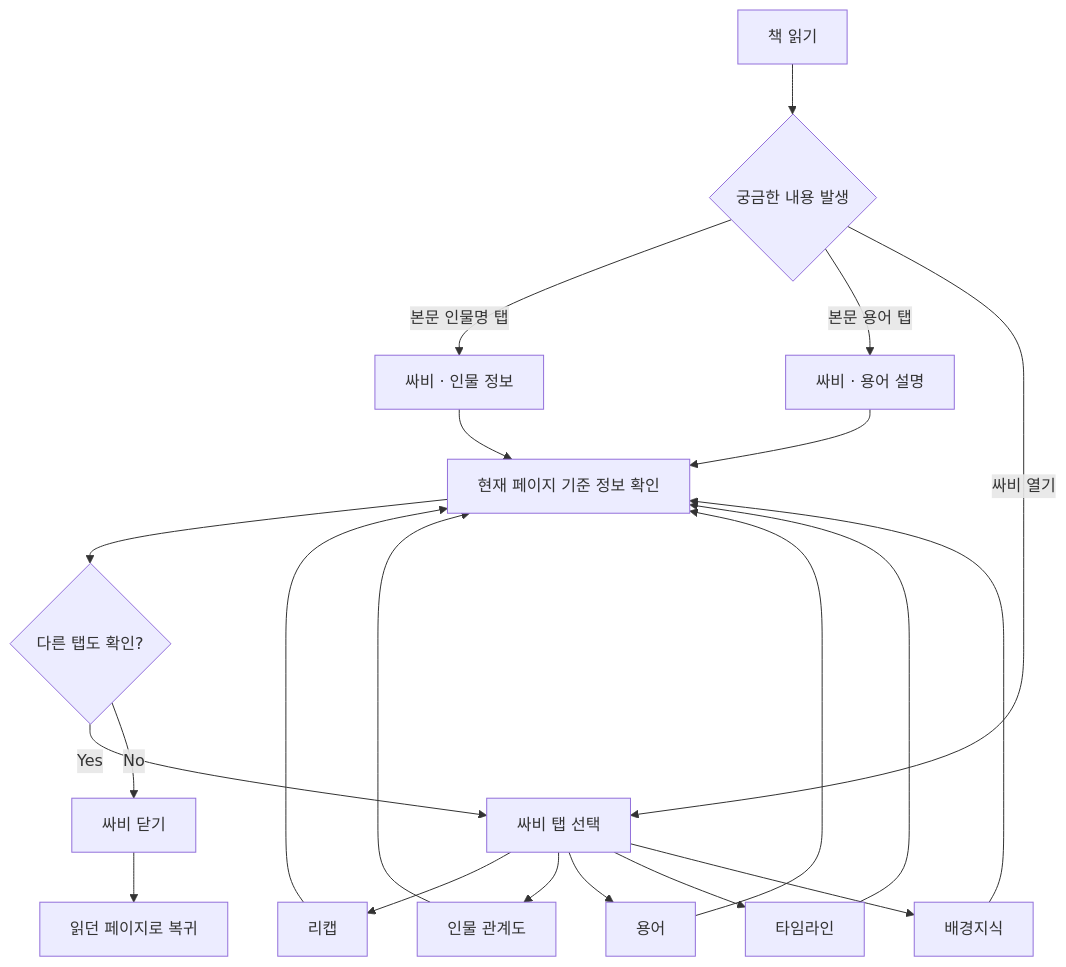
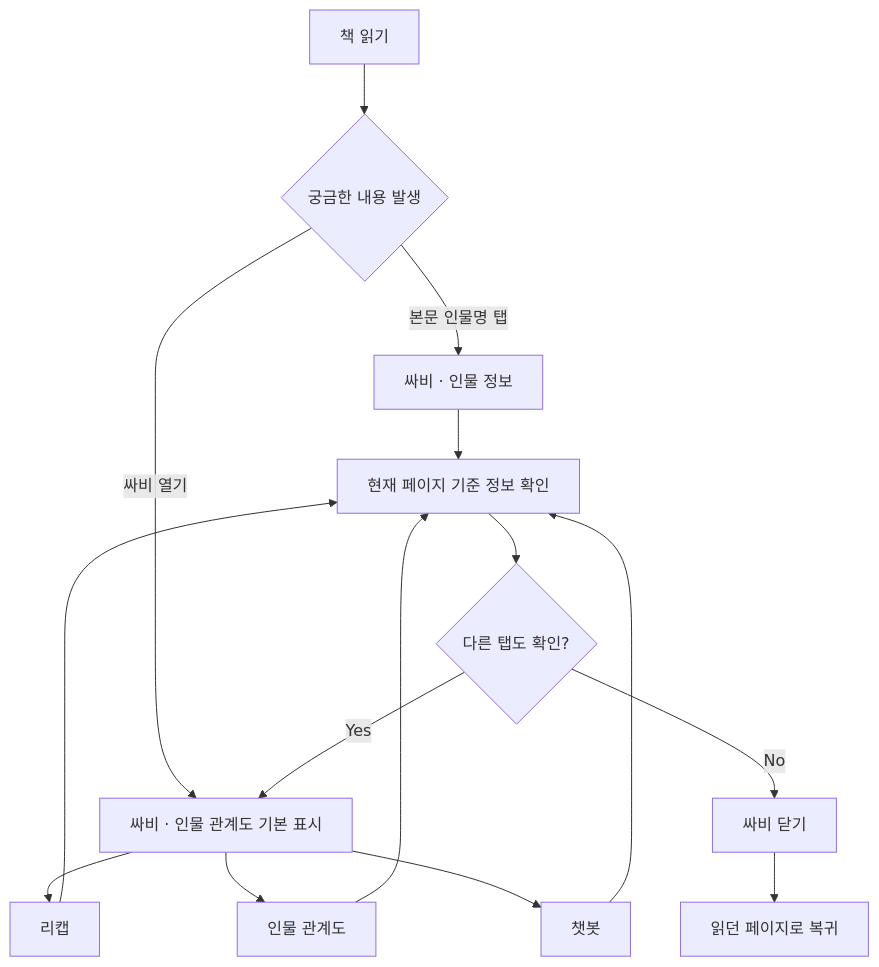
One commit to yemoyang9-a11y/GBSA_AWS_Readd changed the second of 4 diagrams in UserFlow.md. Above: the diagram before and after it, drawn with Mermaid. The commit also changed other lines of this file and 6 other files, not shown here.

````diff
--- a/UserFlow.md
+++ b/UserFlow.md
@@ -39,27 +60,21 @@
 ```mermaid
 flowchart TD
     A[책 읽기] --> B{궁금한 내용 발생}
 
     B -->|본문 인물명 탭| C[싸비 · 인물 정보]
-    B -->|본문 용어 탭| D[싸비 · 용어 설명]
-    B -->|싸비 열기| E[싸비 탭 선택]
+    B -->|싸비 열기| E[싸비 · 인물 관계도 기본 표시]
 
     E --> F[리캡]
     E --> G[인물 관계도]
-    E --> H[용어]
-    E --> I[타임라인]
-    E --> J[배경지식]
+    E --> H[챗봇]
 
     C --> K[현재 페이지 기준 정보 확인]
-    D --> K
     F --> K
     G --> K
     H --> K
-    I --> K
-    J --> K
 
     K --> L{다른 탭도 확인?}
     L -->|Yes| E
     L -->|No| M[싸비 닫기]
     M --> N[읽던 페이지로 복귀]
 ```
````
